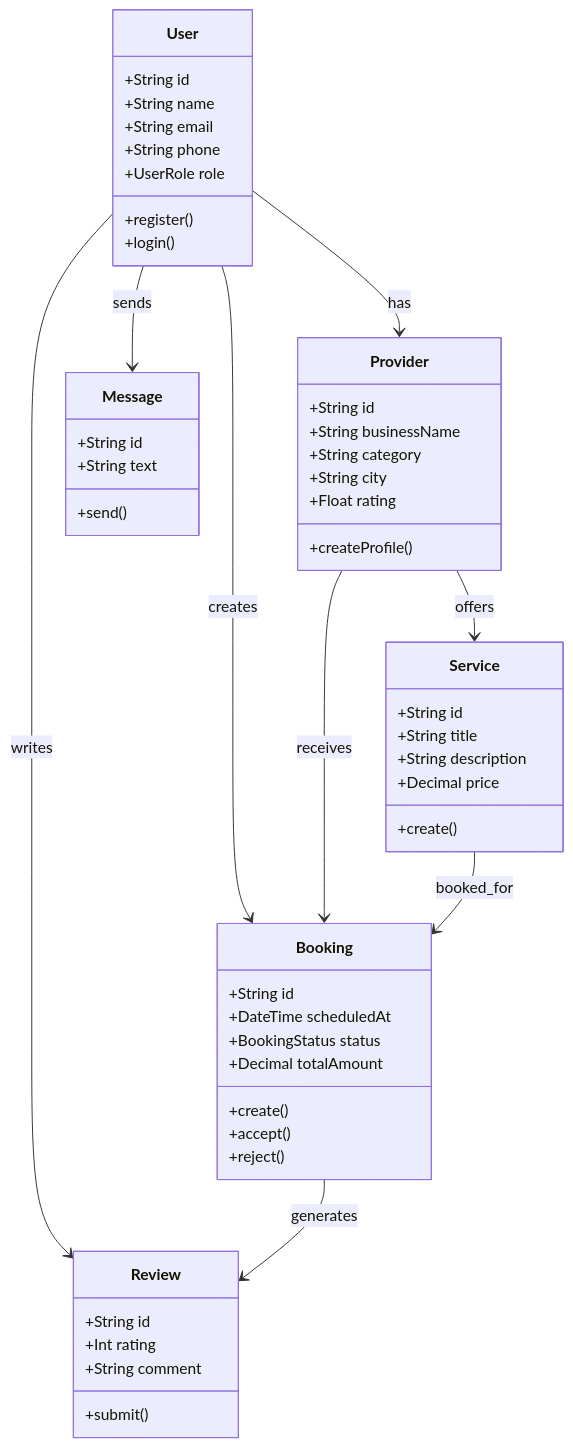
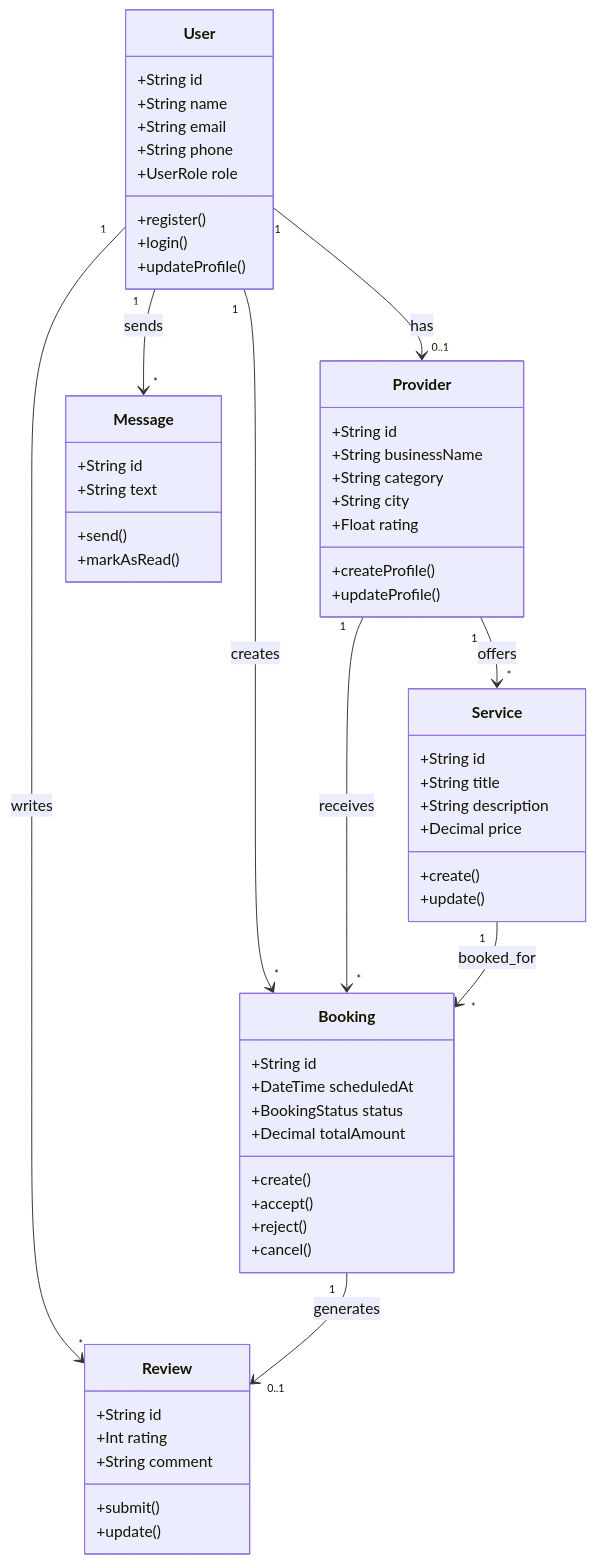
One commit to botvecna47/MH26-Services changed diagram 21 of 28 in docs/UML_DIAGRAMS.md. Above: the diagram before and after it, drawn with Mermaid. The commit also changed other lines of this file, not shown here.

Commit message:
Standardize all simplified UML diagrams with proper Mermaid syntax: add multiplicities, improve object diagram notation, enhance sequence diagram with activation boxes, and add notes to state diagram

````diff
--- a/docs/UML_DIAGRAMS.md
+++ b/docs/UML_DIAGRAMS.md
@@ -1503,63 +1503,69 @@
 ```mermaid
 classDiagram
     class User {
         +String id
         +String name
         +String email
         +String phone
         +UserRole role
         +register()
         +login()
+        +updateProfile()
     }
     
     class Provider {
         +String id
         +String businessName
         +String category
         +String city
         +Float rating
         +createProfile()
+        +updateProfile()
     }
     
     class Service {
         +String id
         +String title
         +String description
         +Decimal price
         +create()
+        +update()
     }
     
     class Booking {
         +String id
         +DateTime scheduledAt
         +BookingStatus status
         +Decimal totalAmount
         +create()
         +accept()
         +reject()
+        +cancel()
     }
     
     class Message {
         +String id
         +String text
         +send()
+        +markAsRead()
     }
     
     class Review {
         +String id
         +Int rating
         +String comment
         +submit()
+        +update()
     }
     
-    User --> Booking : creates
-    User --> Message : sends
-    User --> Review : writes
-    User --> Provider : has
+    User "1" --> "*" Booking : creates
+    User "1" --> "*" Message : sends
+    User "1" --> "*" Review : writes
+    User "1" --> "0..1" Provider : has
     
-    Provider --> Service : offers
-    Provider --> Booking : receives
+    Provider "1" --> "*" Service : offers
+    Provider "1" --> "*" Booking : receives
     
-    Service --> Booking : booked_for
-    Booking --> Review : generates
+    Service "1" --> "*" Booking : booked_for
+    Booking "1" --> "0..1" Review : generates
 ```
````
